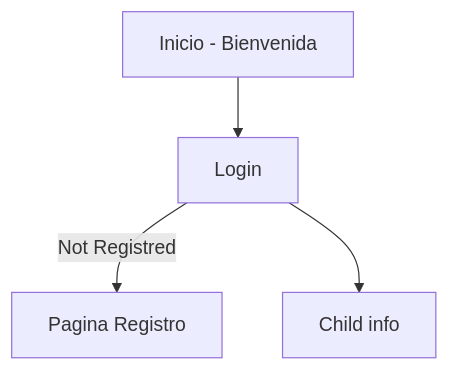
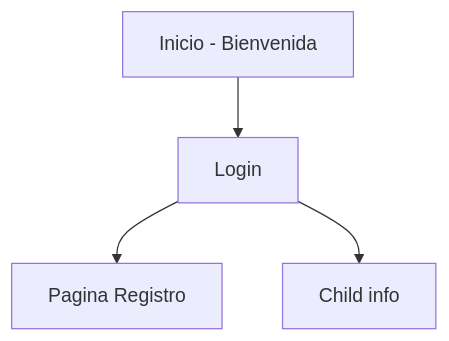
Before and after one commit to DNIXD/Tapatapp: the diagram in Prototipo2/Diagramas/Diagrama_prototip2_frontend.mermaid, drawn with Mermaid. The commit also changed 7 other files, not shown here.

```diff
--- a/Prototipo2/Diagramas/Diagrama_prototip2_frontend.mermaid
+++ b/Prototipo2/Diagramas/Diagrama_prototip2_frontend.mermaid
@@ -1,4 +1,4 @@
 flowchart TD
     A[Inicio - Bienvenida] --> B[Login]
-    B -->|Not Registred| C[Pagina Registro]
+    B --> C[Pagina Registro]
     B --> D[Child info]
```
